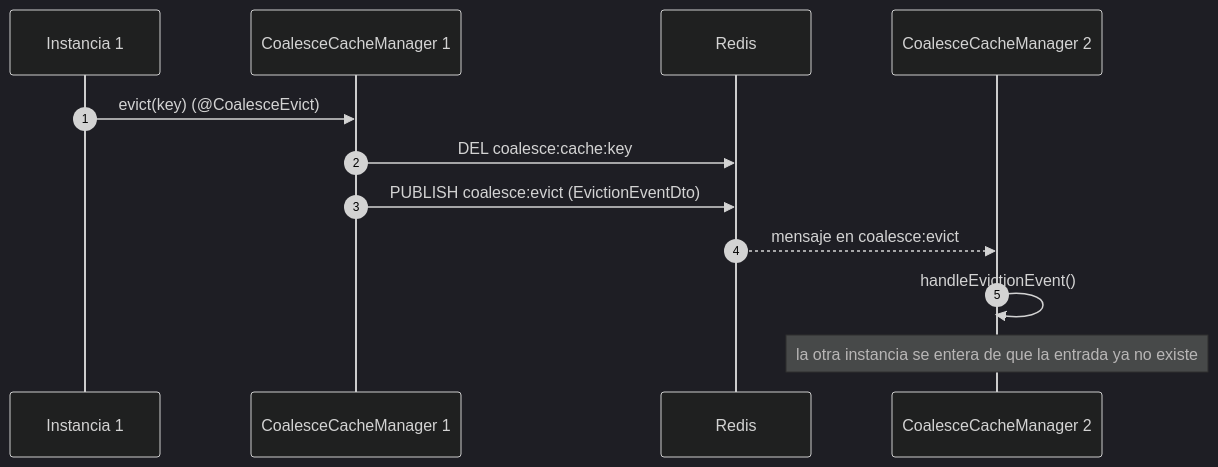
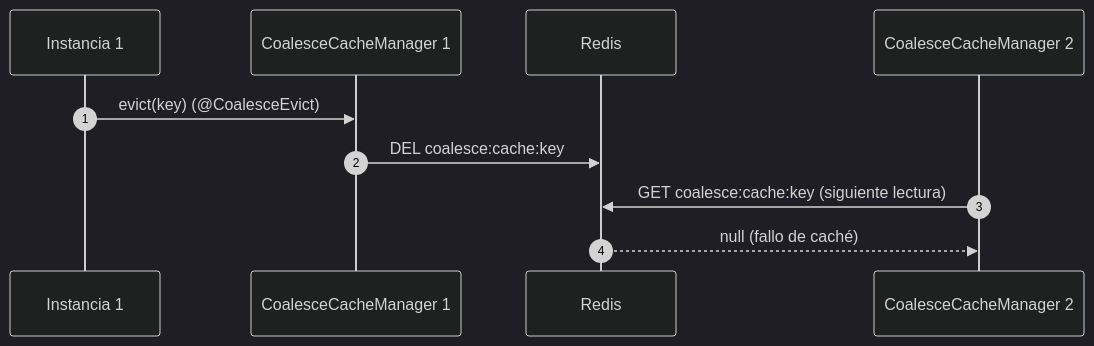
The eighth of 9 diagrams in sbj-util-redis/README.md (programming0026/sbj-util-redis-annotation), drawn with Mermaid (dark theme) before and after one commit. The commit also changed other lines of this file and 71 other files, not shown here.

````diff
--- a/sbj-util-redis/README.md
+++ b/sbj-util-redis/README.md
@@ -1237,15 +1414,13 @@
 ```mermaid
 sequenceDiagram
     autonumber
     participant S1 as Instancia 1
     participant Mgr1 as CoalesceCacheManager 1
     participant Red as Redis
     participant Mgr2 as CoalesceCacheManager 2
 
     S1->>Mgr1: evict(key) (@CoalesceEvict)
     Mgr1->>Red: DEL coalesce:cache:key
-    Mgr1->>Red: PUBLISH coalesce:evict (EvictionEventDto)
-    Red-->>Mgr2: mensaje en coalesce:evict
-    Mgr2->>Mgr2: handleEvictionEvent()
-    Note over Mgr2: la otra instancia se entera de que la entrada ya no existe
+    Mgr2->>Red: GET coalesce:cache:key (siguiente lectura)
+    Red-->>Mgr2: null (fallo de caché)
 ```
````
